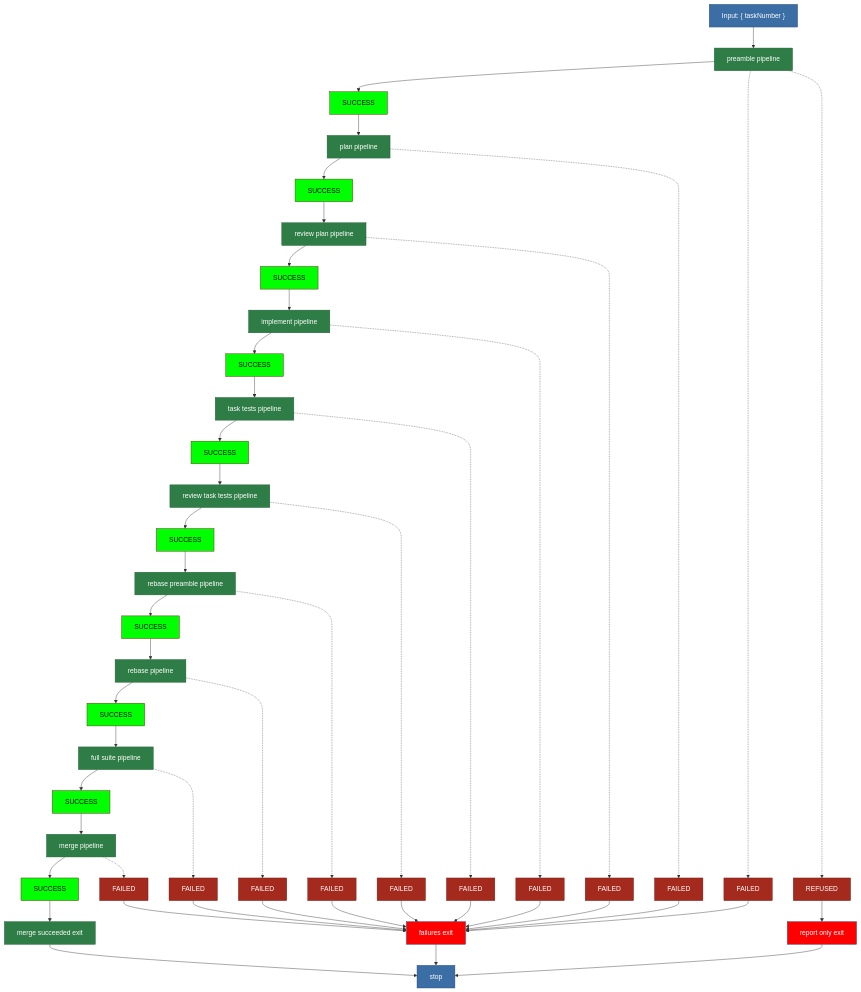
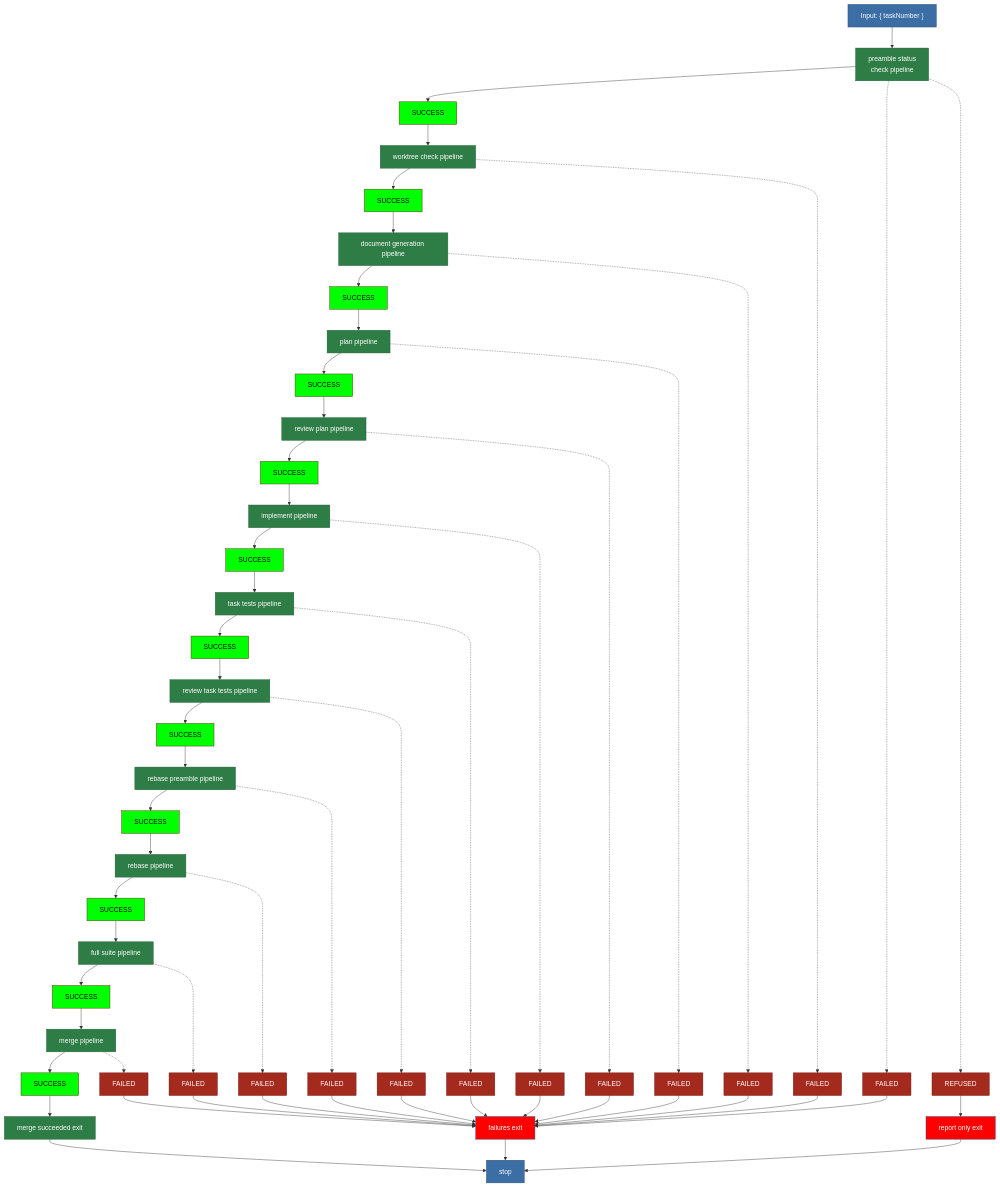
One commit to matkatmusic/taskTools changed the diagram in plans/diagram/pipeline.mmd. Above: the diagram before and after it, drawn with Mermaid. The commit also changed 6 other files, not shown here.

```diff
--- a/plans/diagram/pipeline.mmd
+++ b/plans/diagram/pipeline.mmd
@@ -1,82 +1,89 @@
 flowchart TB
 %% OVERVIEW. One block per pipeline. Each block is drawn in full in its own file:
-%%   preamble pipeline                    pipeline-preamble.mmd
+%%   preamble status check pipeline       pipeline-preambleStatusCheck.mmd
+%%   worktree check pipeline              pipeline-worktreeCheck.mmd
+%%   document generation pipeline         pipeline-documentGeneration.mmd
 %%   plan pipeline                        pipeline-plan.mmd
 %%   review plan pipeline                 pipeline-reviewPlan.mmd
 %%   implement pipeline                   pipeline-implement.mmd
 %%   task tests pipeline                  pipeline-taskTests.mmd
 %%   review task tests pipeline           pipeline-reviewTests.mmd
 %%   rebase preamble pipeline             pipeline-rebasePreamble.mmd
 %%   rebase pipeline                      pipeline-rebase.mmd
 %%   full suite pipeline                  pipeline-suite.mmd
 %%   merge pipeline                       pipeline-merge.mmd
 %%   merge succeeded exit                 pipeline-mergeSucceededExit.mmd
 %%   failures exit                        pipeline-failuresExit.mmd
 %%   report only exit                     pipeline-reportOnlyExit.mmd
 %% The dotted arrow out of each block is that block's early exit, drawn as one
 %% arrow here. The exit types it carries are listed in that block's own file.
 %% There are three exit tails, and each has its own file:
 %%   merge succeeded exit - records the run, archives the task, releases everything
 %%   failures exit        - records why the run ended, then releases what it holds
 %%   report only exit     - the task never started, so nothing is written or held
 %% The REFUSED arrow out of the preamble is invalid-number, blocked and
 %% already-active: all three happen before "mark the task active".
-%% Four pipelines send the run back to the pipeline before them, after writing
+%% Five pipelines send the run back to the pipeline before them, after writing
 %% what went wrong into the tasks.json entry. Those loops are drawn in their own
 %% files, not here:
 %%   review plan pipeline        -> plan pipeline
+%%   plan pipeline               -> document generation pipeline (CLARIFY)
 %%   task tests pipeline         -> implement pipeline
 %%   review task tests pipeline  -> implement pipeline
 %%   merge pipeline              -> rebase pipeline
 %% Exit types, one per path that reaches [stop]:
 %%   completed          - archived to completedTasks.json
 %%   invalid-number     - not in tasks.json or completedTasks.json
 %%   already-active     - a previous run left the task active
 %%   blocked            - an open blocker remains
 %%   plan-scrapped      - codex did not accept the plan in two reviews
 %%   tests-red          - task tests still failing after 2 attempts
 %%   tests-flagged      - codex flagged the tests twice
 %%   rebase-stuck       - the rebase did not advance after 2 conflict fixes
 %%   suite-red          - full suite still failing after 2 fix attempts
 %%   merge-failed       - the merge did not land twice
 %%   agent-failed       - an agent returned nothing usable
 %%   run-failed         - a script failed operationally; can leave ANY green box
 %%                        in any pipeline
 
-  TASK_NUMBER_INPUT["Input: { taskNumber }"] --> PREAMBLE_PIPELINE["preamble pipeline"]
-  PREAMBLE_PIPELINE --> PREAMBLE_SUCCESS["SUCCESS"] --> PLAN_PIPELINE["plan pipeline"]
+  TASK_NUMBER_INPUT["Input: { taskNumber }"] --> PREAMBLE_PIPELINE["preamble status<br/>check pipeline"]
+  PREAMBLE_PIPELINE --> PREAMBLE_SUCCESS["SUCCESS"] --> WORKTREE_CHECK_PIPELINE["worktree check pipeline"]
+  WORKTREE_CHECK_PIPELINE --> WORKTREE_CHECK_SUCCESS["SUCCESS"] --> DOCUMENT_GENERATION_PIPELINE["document generation pipeline"]
+  DOCUMENT_GENERATION_PIPELINE --> DOCUMENT_GENERATION_SUCCESS["SUCCESS"] --> PLAN_PIPELINE["plan pipeline"]
   PLAN_PIPELINE --> PLAN_SUCCESS["SUCCESS"] --> REVIEW_PLAN_PIPELINE["review plan pipeline"]
   REVIEW_PLAN_PIPELINE --> REVIEW_PLAN_SUCCESS["SUCCESS"] --> IMPLEMENT_PIPELINE["implement pipeline"]
   IMPLEMENT_PIPELINE --> IMPLEMENT_SUCCESS["SUCCESS"] --> TASK_TESTS_PIPELINE["task tests pipeline"]
   TASK_TESTS_PIPELINE --> TASK_TESTS_SUCCESS["SUCCESS"] --> REVIEW_TESTS_PIPELINE["review task tests pipeline"]
   REVIEW_TESTS_PIPELINE --> REVIEW_TESTS_SUCCESS["SUCCESS"] --> REBASE_PREAMBLE_PIPELINE["rebase preamble pipeline"]
   REBASE_PREAMBLE_PIPELINE --> REBASE_PREAMBLE_SUCCESS["SUCCESS"] --> REBASE_PIPELINE["rebase pipeline"]
   REBASE_PIPELINE --> REBASE_SUCCESS["SUCCESS"] --> SUITE_PIPELINE["full suite pipeline"]
   SUITE_PIPELINE --> SUITE_SUCCESS["SUCCESS"] --> MERGE_PIPELINE["merge pipeline"]
   MERGE_PIPELINE --> MERGE_SUCCESS["SUCCESS"] --> EXIT_WORKFLOW_SUCCESS["merge succeeded exit"]
   EXIT_WORKFLOW_SUCCESS --> STOP["stop"]
 
   PREAMBLE_PIPELINE -.-> PREAMBLE_FAIL["FAILED"] --> EXIT_WORKFLOW_FAILURE["failures exit"]
   PREAMBLE_PIPELINE -.-> PREAMBLE_REFUSED["REFUSED"] --> EXIT_WORKFLOW_REPORT_ONLY["report only exit"]
   EXIT_WORKFLOW_REPORT_ONLY --> STOP
+  WORKTREE_CHECK_PIPELINE -.-> WORKTREE_CHECK_FAIL["FAILED"] --> EXIT_WORKFLOW_FAILURE
+  DOCUMENT_GENERATION_PIPELINE -.-> DOCUMENT_GENERATION_FAIL["FAILED"] --> EXIT_WORKFLOW_FAILURE
   PLAN_PIPELINE -.-> PLAN_FAIL["FAILED"] --> EXIT_WORKFLOW_FAILURE
   REVIEW_PLAN_PIPELINE -.-> REVIEW_PLAN_FAIL["FAILED"] --> EXIT_WORKFLOW_FAILURE
   IMPLEMENT_PIPELINE -.-> IMPLEMENT_FAIL["FAILED"] --> EXIT_WORKFLOW_FAILURE
   TASK_TESTS_PIPELINE -.-> TASK_TESTS_FAIL["FAILED"] --> EXIT_WORKFLOW_FAILURE
   REVIEW_TESTS_PIPELINE -.-> REVIEW_TESTS_FAIL["FAILED"] --> EXIT_WORKFLOW_FAILURE
   REBASE_PREAMBLE_PIPELINE -.-> REBASE_PREAMBLE_FAIL["FAILED"] --> EXIT_WORKFLOW_FAILURE
   REBASE_PIPELINE -.-> REBASE_FAIL["FAILED"] --> EXIT_WORKFLOW_FAILURE
   SUITE_PIPELINE -.-> SUITE_FAIL["FAILED"] --> EXIT_WORKFLOW_FAILURE
   MERGE_PIPELINE -.-> MERGE_FAIL["FAILED"] --> EXIT_WORKFLOW_FAILURE
   EXIT_WORKFLOW_FAILURE --> STOP
 
   classDef pipeline fill:#2f7d46,stroke:#1e5c31,color:#ffffff
   classDef output fill:#3b6ea5,stroke:#254a70,color:#ffffff
   classDef fail fill:red,stroke:#254a70,color:#ffffff
   classDef nopass fill:#a52a1e,stroke:#6d1a12,color:#ffffff
   classDef pass fill:#00ff00,stroke:#6d1a12,color:#000000
-  class PREAMBLE_PIPELINE,PLAN_PIPELINE,REVIEW_PLAN_PIPELINE,IMPLEMENT_PIPELINE,TASK_TESTS_PIPELINE,REVIEW_TESTS_PIPELINE,REBASE_PREAMBLE_PIPELINE,REBASE_PIPELINE,SUITE_PIPELINE,MERGE_PIPELINE,EXIT_WORKFLOW_SUCCESS pipeline
-  class PREAMBLE_SUCCESS,PLAN_SUCCESS,REVIEW_PLAN_SUCCESS,IMPLEMENT_SUCCESS,TASK_TESTS_SUCCESS,REVIEW_TESTS_SUCCESS,REBASE_PREAMBLE_SUCCESS,REBASE_SUCCESS,SUITE_SUCCESS,MERGE_SUCCESS pass
-  class PREAMBLE_FAIL,PLAN_FAIL,REVIEW_PLAN_FAIL,IMPLEMENT_FAIL,TASK_TESTS_FAIL,REVIEW_TESTS_FAIL,REBASE_PREAMBLE_FAIL,REBASE_FAIL,SUITE_FAIL,MERGE_FAIL,PREAMBLE_REFUSED nopass
+  class PREAMBLE_PIPELINE,PLAN_PIPELINE,REVIEW_PLAN_PIPELINE,IMPLEMENT_PIPELINE,TASK_TESTS_PIPELINE,REVIEW_TESTS_PIPELINE,REBASE_PREAMBLE_PIPELINE,REBASE_PIPELINE,SUITE_PIPELINE,MERGE_PIPELINE,WORKTREE_CHECK_PIPELINE,DOCUMENT_GENERATION_PIPELINE,EXIT_WORKFLOW_SUCCESS pipeline
+  class PREAMBLE_SUCCESS,PLAN_SUCCESS,REVIEW_PLAN_SUCCESS,IMPLEMENT_SUCCESS,TASK_TESTS_SUCCESS,REVIEW_TESTS_SUCCESS,REBASE_PREAMBLE_SUCCESS,REBASE_SUCCESS,SUITE_SUCCESS,MERGE_SUCCESS,WORKTREE_CHECK_SUCCESS,DOCUMENT_GENERATION_SUCCESS pass
+  class PREAMBLE_FAIL,PLAN_FAIL,REVIEW_PLAN_FAIL,IMPLEMENT_FAIL,TASK_TESTS_FAIL,REVIEW_TESTS_FAIL,REBASE_PREAMBLE_FAIL,REBASE_FAIL,SUITE_FAIL,MERGE_FAIL,PREAMBLE_REFUSED,WORKTREE_CHECK_FAIL,DOCUMENT_GENERATION_FAIL nopass
   class EXIT_WORKFLOW_FAILURE,EXIT_WORKFLOW_REPORT_ONLY fail
   class TASK_NUMBER_INPUT,STOP output
```
